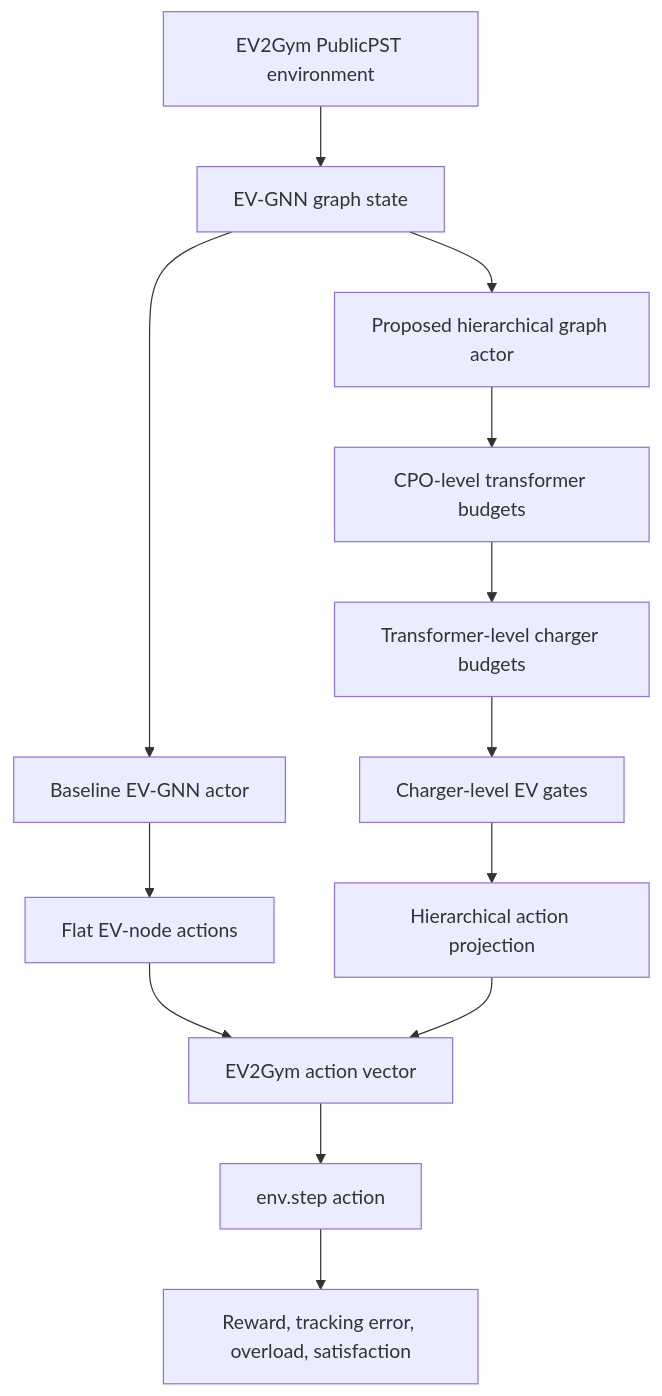
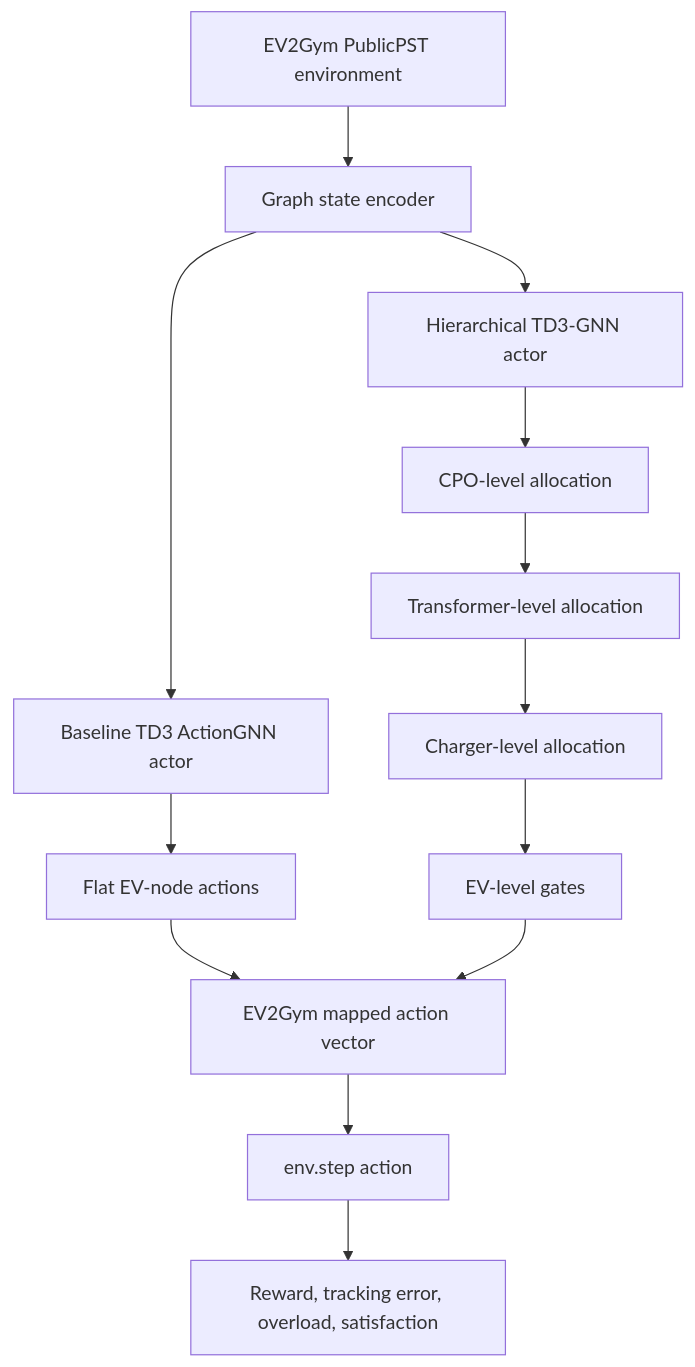
Before and after one commit to chiayang920/Hierarchical-EV-GNN: the diagram in README.md, drawn with Mermaid. The commit also changed other lines of this file and 17 other files, not shown here.

First line of the commit message:
Add hierarchical TD3-GNN actor and 100CP evaluation pipeline

````diff
--- a/README.md
+++ b/README.md
@@ -11,17 +35,17 @@
 ```mermaid
 flowchart TD
-    A[EV2Gym PublicPST environment] --> B[EV-GNN graph state]
-    B --> C[Baseline EV-GNN actor]
-    C --> D[Flat EV-node actions]
-    D --> E[EV2Gym action vector]
+    A[EV2Gym PublicPST environment] --> B[Graph state encoder]
+    B --> C1[Baseline TD3 ActionGNN actor]
+    C1 --> D1[Flat EV-node actions]
 
-    B --> F[Proposed hierarchical graph actor]
-    F --> G[CPO-level transformer budgets]
-    G --> H[Transformer-level charger budgets]
-    H --> I[Charger-level EV gates]
-    I --> J[Hierarchical action projection]
-    J --> E
+    B --> C2[Hierarchical TD3-GNN actor]
+    C2 --> D2[CPO-level allocation]
+    D2 --> E2[Transformer-level allocation]
+    E2 --> F2[Charger-level allocation]
+    F2 --> G2[EV-level gates]
 
-    E --> K[env.step action]
-    K --> L[Reward, tracking error, overload, satisfaction]
+    D1 --> H[EV2Gym mapped action vector]
+    G2 --> H
+    H --> I[env.step action]
+    I --> J[Reward, tracking error, overload, satisfaction]
 ```
````
